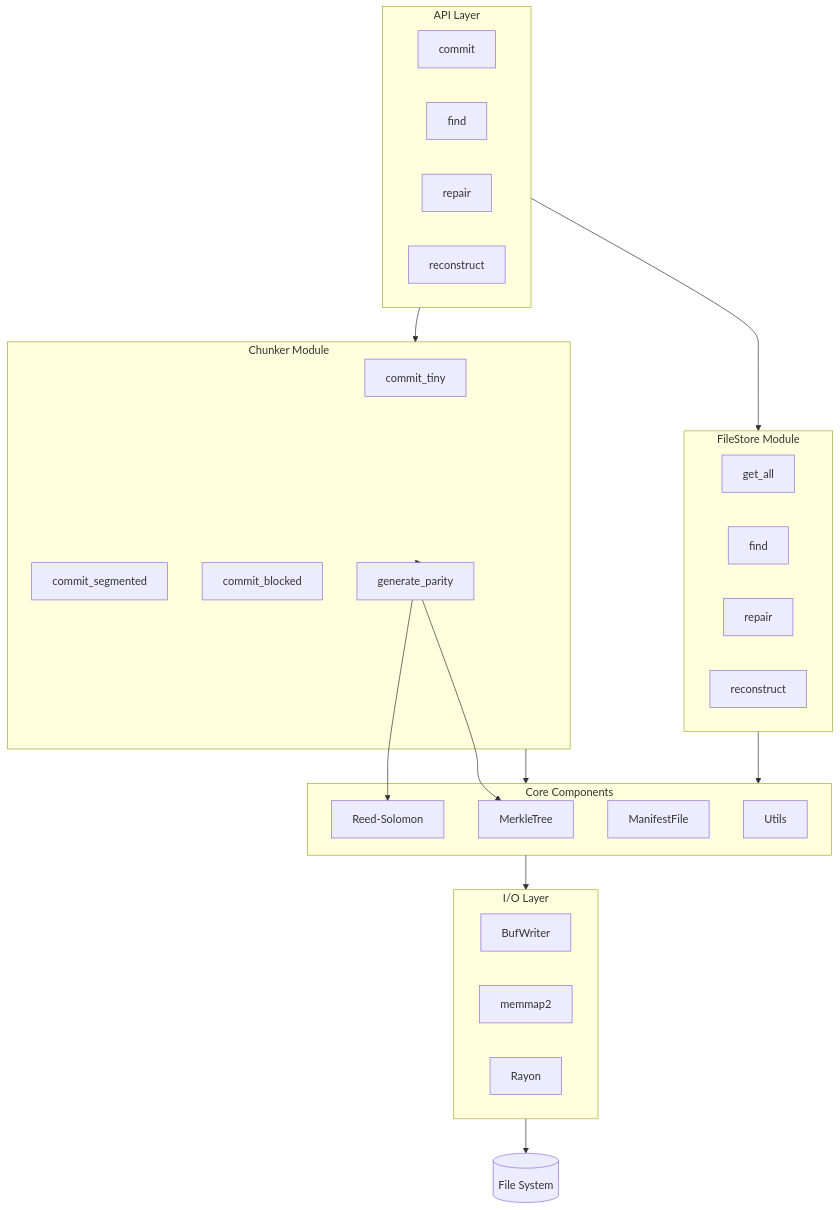
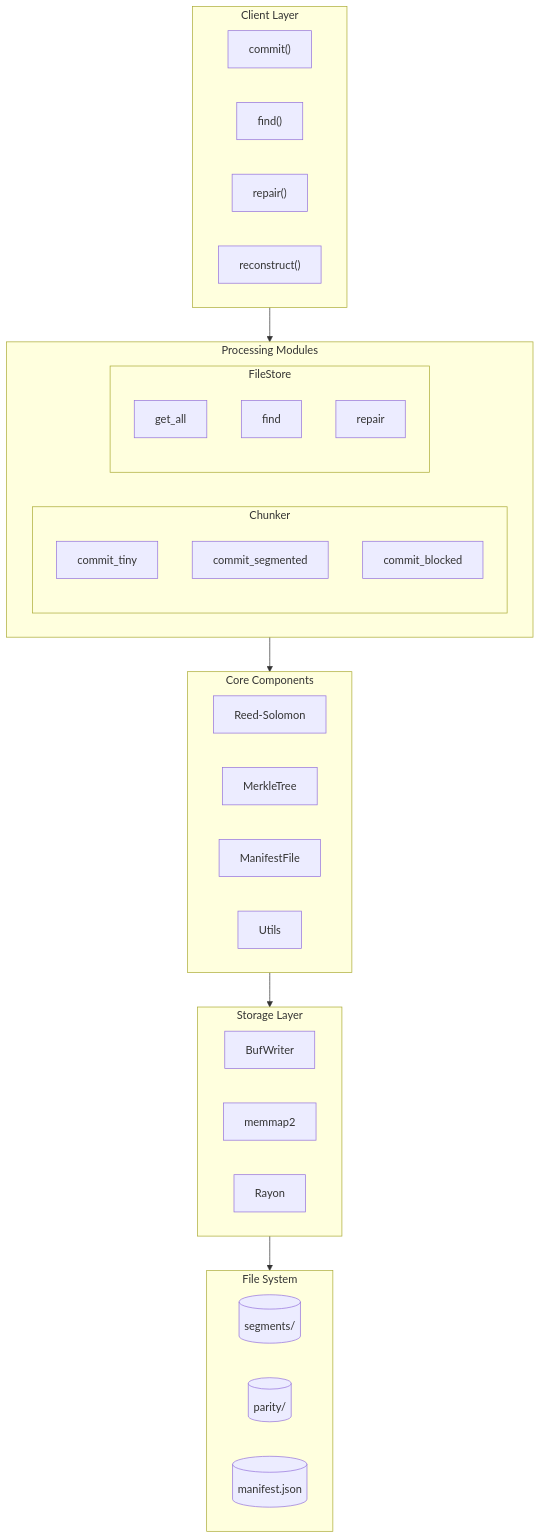
One commit to crushr3sist/blockframe-rs changed the first of 5 diagrams in readme.md. Above: the diagram before and after it, drawn with Mermaid. The commit also changed other lines of this file, not shown here.

Commit message:
docs: redesign mermaid diagrams with systems design style layout

````diff
--- a/readme.md
+++ b/readme.md
@@ -41,48 +41,53 @@
 ```mermaid
-flowchart TD
-    subgraph API["API Layer"]
-        COMMIT[commit]
-        FIND[find]
-        REPAIR[repair]
-        RECONSTRUCT[reconstruct]
+flowchart TB
+    subgraph Client["Client Layer"]
+        direction LR
+        C1["commit()"]
+        C2["find()"]
+        C3["repair()"]
+        C4["reconstruct()"]
     end
 
-    subgraph CHUNKER["Chunker Module"]
-        CT[commit_tiny]
-        CS[commit_segmented]
-        CB[commit_blocked]
-        GP[generate_parity]
+    subgraph Modules["Processing Modules"]
+        direction LR
+        subgraph Chunker["Chunker"]
+            direction TB
+            CH1["commit_tiny"]
+            CH2["commit_segmented"]
+            CH3["commit_blocked"]
+        end
+        subgraph FileStore["FileStore"]
+            direction TB
+            FS1["get_all"]
+            FS2["find"]
+            FS3["repair"]
+        end
     end
 
-    subgraph FILESTORE["FileStore Module"]
-        GA[get_all]
-        FD[find]
-        RP[repair]
-        RC[reconstruct]
+    subgraph Core["Core Components"]
+        direction LR
+        CORE1["Reed-Solomon"]
+        CORE2["MerkleTree"]
+        CORE3["ManifestFile"]
+        CORE4["Utils"]
     end
 
-    subgraph CORE["Core Components"]
-        MT[MerkleTree]
-        RS[Reed-Solomon]
-        MF[ManifestFile]
-        UT[Utils]
+    subgraph Storage["Storage Layer"]
+        direction LR
+        ST1["BufWriter"]
+        ST2["memmap2"]
+        ST3["Rayon"]
     end
 
-    subgraph IO["I/O Layer"]
-        BW[BufWriter]
-        MM[memmap2]
-        RY[Rayon]
+    subgraph Disk["File System"]
+        direction LR
+        D1[("segments/")]
+        D2[("parity/")]
+        D3[("manifest.json")]
     end
 
-    DISK[(File System)]
-
-    API --> CHUNKER
-    API --> FILESTORE
-    CHUNKER --> GP
-    GP --> RS
-    GP --> MT
-    CHUNKER --> CORE
-    FILESTORE --> CORE
-    CORE --> IO
-    IO --> DISK
+    Client --> Modules
+    Modules --> Core
+    Core --> Storage
+    Storage --> Disk
 ```
````
